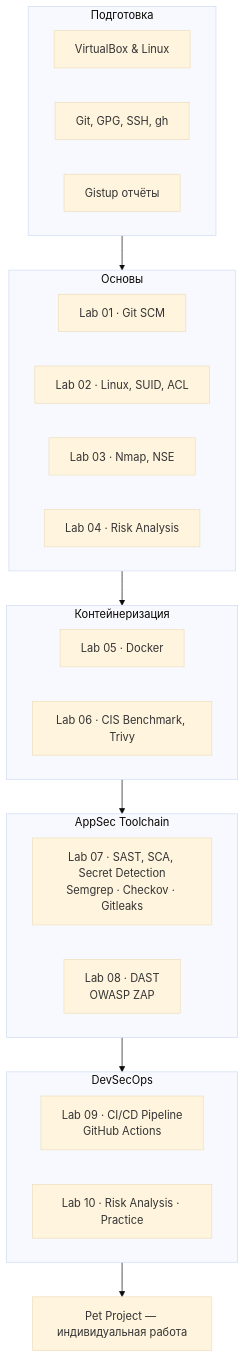
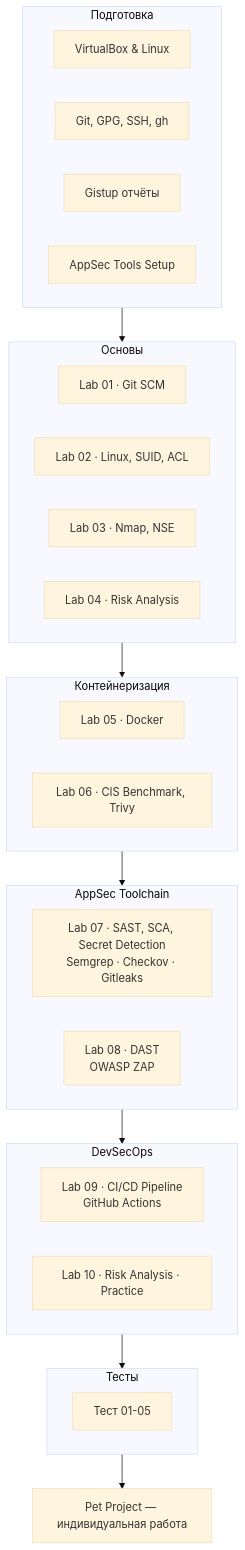
Before and after one commit to Drenajnayavoda/course_labs: the diagram in README.md, drawn with Mermaid (base theme). The commit also changed other lines of this file and 1 other file, not shown here.

````diff
--- a/README.md
+++ b/README.md
@@ -66,38 +67,44 @@
 ```mermaid
 flowchart TD
     subgraph Intro["Подготовка"]
         I01["VirtualBox & Linux"]
         I02["Git, GPG, SSH, gh"]
         I03["Gistup отчёты"]
+        I04["AppSec Tools Setup"]
     end
 
     subgraph Foundations["Основы"]
         L01["Lab 01 · Git SCM"]
         L02["Lab 02 · Linux, SUID, ACL"]
         L03["Lab 03 · Nmap, NSE"]
         L04["Lab 04 · Risk Analysis"]
     end
 
     subgraph Containers["Контейнеризация"]
         L05["Lab 05 · Docker"]
         L06["Lab 06 · CIS Benchmark, Trivy"]
     end
 
     subgraph AppSec["AppSec Toolchain"]
         L07["Lab 07 · SAST, SCA, Secret Detection\nSemgrep · Checkov · Gitleaks"]
         L08["Lab 08 · DAST\nOWASP ZAP"]
     end
 
     subgraph DevSecOps["DevSecOps"]
         L09["Lab 09 · CI/CD Pipeline\nGitHub Actions"]
         L10["Lab 10 · Risk Analysis · Practice"]
     end
 
+    subgraph Tests["Тесты"]
+        T01["Тест 01-05"]
+    end
+
     PET["Pet Project — индивидуальная работа"]
 
     Intro --> Foundations
     Foundations --> Containers
     Containers --> AppSec
     AppSec --> DevSecOps
-    DevSecOps --> PET
+    DevSecOps --> Tests
+    Tests --> PET
 ```
````
